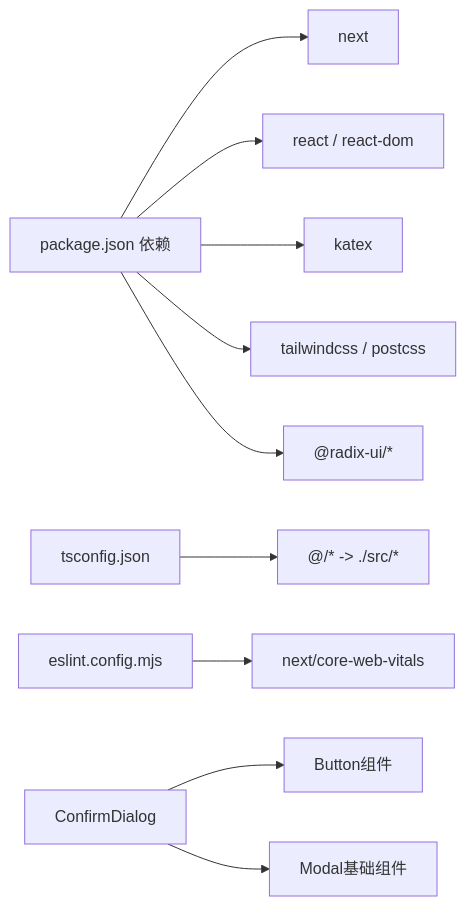
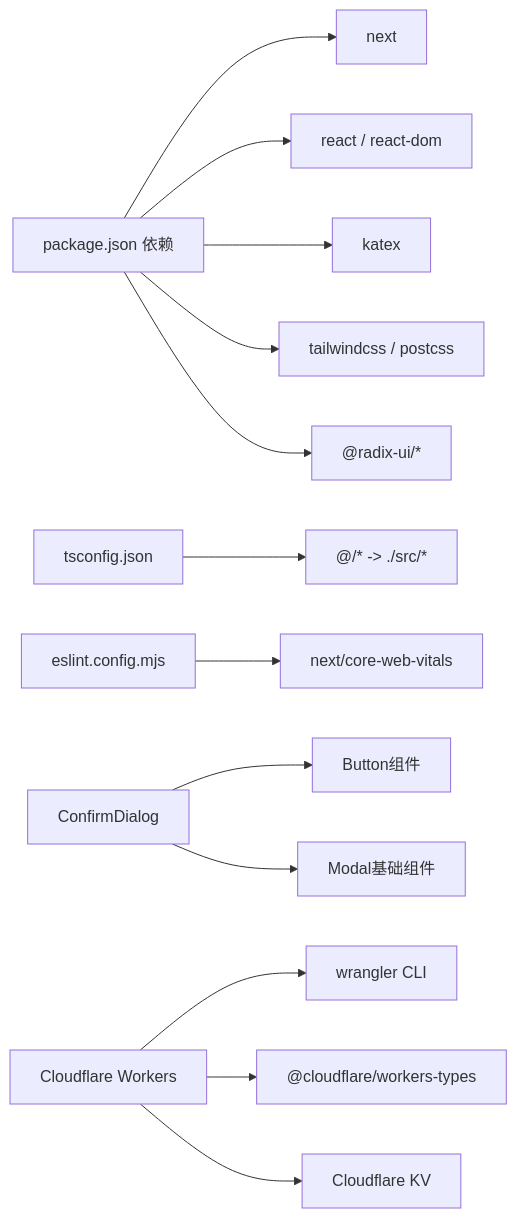
Diagram 17 of 17 in .qoder/repowiki/zh/content/开发者指南/开发者指南.md (steveyu2/formula-mapper), drawn with Mermaid before and after one commit. The commit also changed other lines of this file and 7 other files, not shown here.

````diff
--- a/.qoder/repowiki/zh/content/开发者指南/开发者指南.md
+++ b/.qoder/repowiki/zh/content/开发者指南/开发者指南.md
@@ -511,12 +709,15 @@
 ```mermaid
 graph LR
 Pkg["package.json 依赖"] --> Next["next"]
 Pkg --> React["react / react-dom"]
 Pkg --> KaTeX["katex"]
 Pkg --> Tailwind["tailwindcss / postcss"]
 Pkg --> Radix["@radix-ui/*"]
 TS["tsconfig.json"] --> PathAlias["@/* -> ./src/*"]
 ESL["eslint.config.mjs"] --> NextEslint["next/core-web-vitals"]
 CD["ConfirmDialog"] --> BTN["Button组件"]
 CD --> MOD["Modal基础组件"]
+CFW["Cloudflare Workers"] --> Wrangler["wrangler CLI"]
+CFW --> WorkersTypes["@cloudflare/workers-types"]
+CFW --> KV["Cloudflare KV"]
 ```
````
